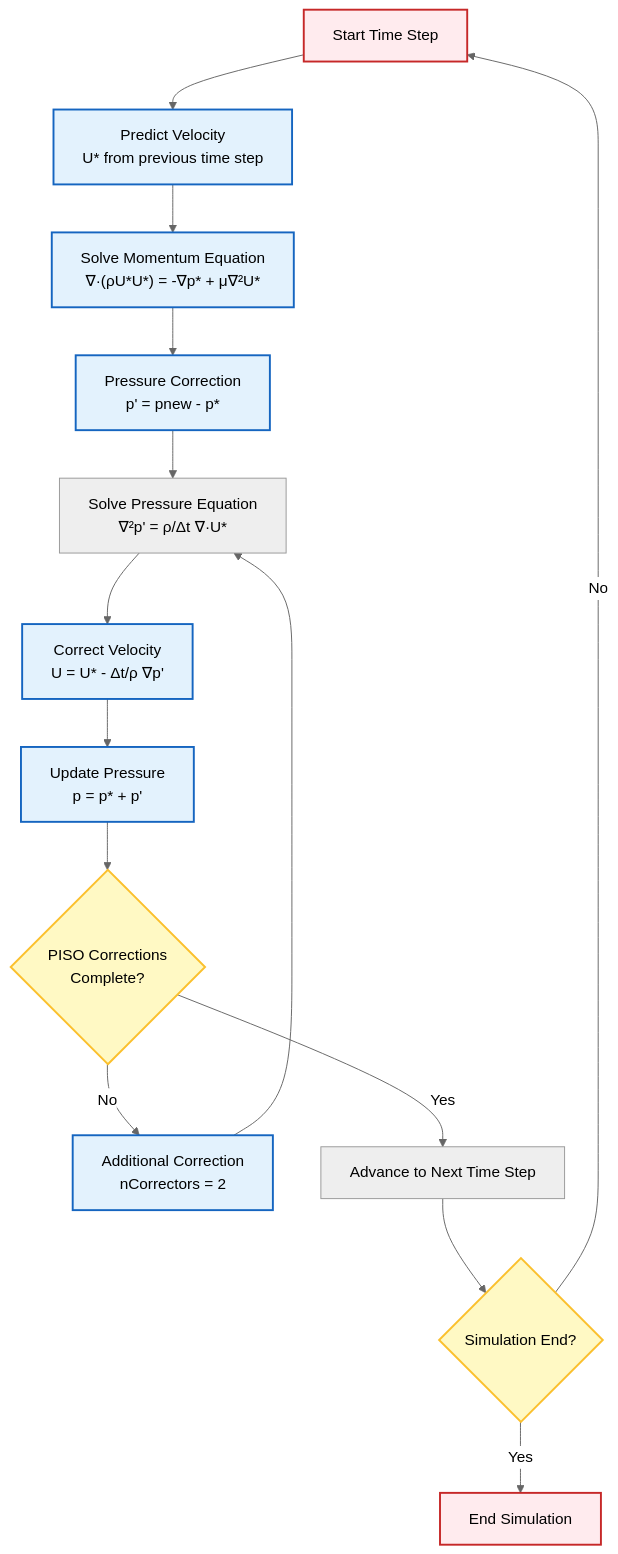
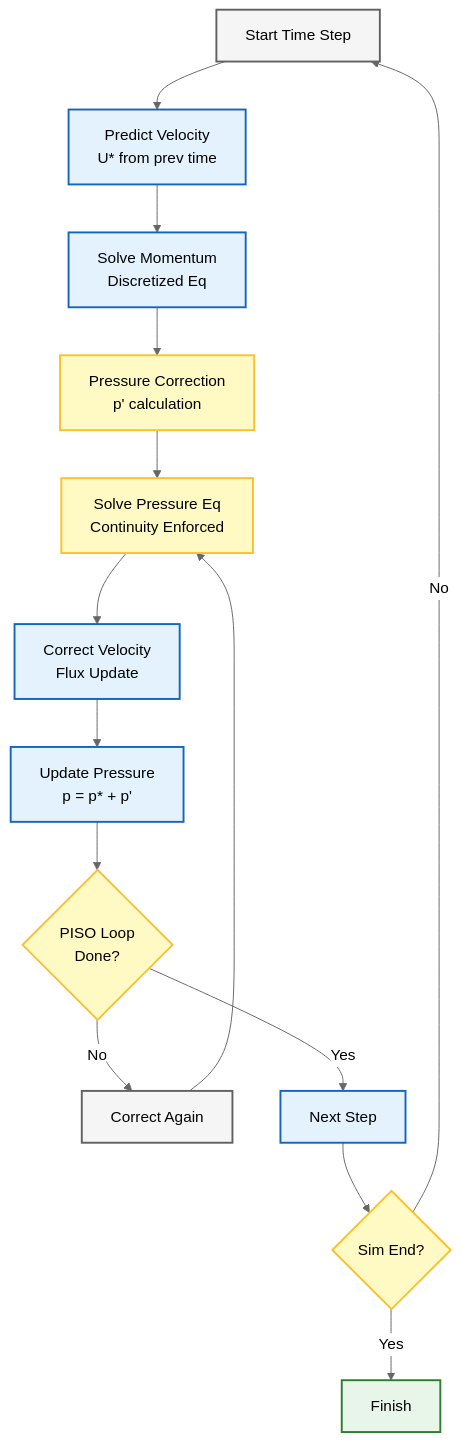
One commit to wramet/build-my-cfd changed the second of 4 diagrams in MODULE_01_CFD_FUNDAMENTALS/CONTENT/04_FIRST_SIMULATION/01_Introduction.md. Above: the diagram before and after it, drawn with Mermaid (neutral theme). The commit also changed other lines of this file and 313 other files, not shown here.

Commit message:
Revise all diagram

````diff
--- a/MODULE_01_CFD_FUNDAMENTALS/CONTENT/04_FIRST_SIMULATION/01_Introduction.md
+++ b/MODULE_01_CFD_FUNDAMENTALS/CONTENT/04_FIRST_SIMULATION/01_Introduction.md
@@ -162,24 +161,21 @@
 ```mermaid
 graph TD
-    A["Start Time Step"] --> B["Predict Velocity<br/>U* from previous time step"]
-    B --> C["Solve Momentum Equation<br/>∇·(ρU*U*) = -∇p* + μ∇²U*"]
-    C --> D["Pressure Correction<br/>p' = pnew - p*"]
-    D --> E["Solve Pressure Equation<br/>∇²p' = ρ/Δt ∇·U*"]
-    E --> F["Correct Velocity<br/>U = U* - Δt/ρ ∇p'"]
-    F --> G["Update Pressure<br/>p = p* + p'"]
-    G --> H{"PISO Corrections<br/>Complete?"}
-    H -->|No| I["Additional Correction<br/>nCorrectors = 2"]
+    A["Start Time Step"]:::context --> B["Predict Velocity<br/>U* from prev time"]:::implicit
+    B --> C["Solve Momentum<br/>Discretized Eq"]:::implicit
+    C --> D["Pressure Correction<br/>p' calculation"]:::explicit
+    D --> E["Solve Pressure Eq<br/>Continuity Enforced"]:::explicit
+    E --> F["Correct Velocity<br/>Flux Update"]:::implicit
+    F --> G["Update Pressure<br/>p = p* + p'"]:::implicit
+    G --> H{"PISO Loop<br/>Done?"}:::explicit
+    H -->|No| I["Correct Again"]:::context
     I --> E
-    H -->|Yes| J["Advance to Next Time Step"]
-    J --> K{"Simulation End?"}
+    H -->|Yes| J["Next Step"]:::implicit
+    J --> K{"Sim End?"}:::explicit
     K -->|No| A
-    K -->|Yes| L["End Simulation"]
+    K -->|Yes| L["Finish"]:::success
 
-    classDef process fill:#e3f2fd,stroke:#1565c0,stroke-width:2px,color:#000;
-    classDef decision fill:#fff9c4,stroke:#fbc02d,stroke-width:2px,color:#000;
-    classDef terminator fill:#ffebee,stroke:#c62828,stroke-width:2px,color:#000;
-
-    class A,L terminator;
-    class B,C,D,F,G,I process;
-    class H,K decision;
+    classDef context fill:#f5f5f5,stroke:#616161,stroke-width:2px,color:#000;
+    classDef implicit fill:#e3f2fd,stroke:#1565c0,stroke-width:2px,color:#000;
+    classDef explicit fill:#fff9c4,stroke:#fbc02d,stroke-width:2px,color:#000;
+    classDef success fill:#e8f5e9,stroke:#2e7d32,stroke-width:2px,color:#000;
 ```
````
